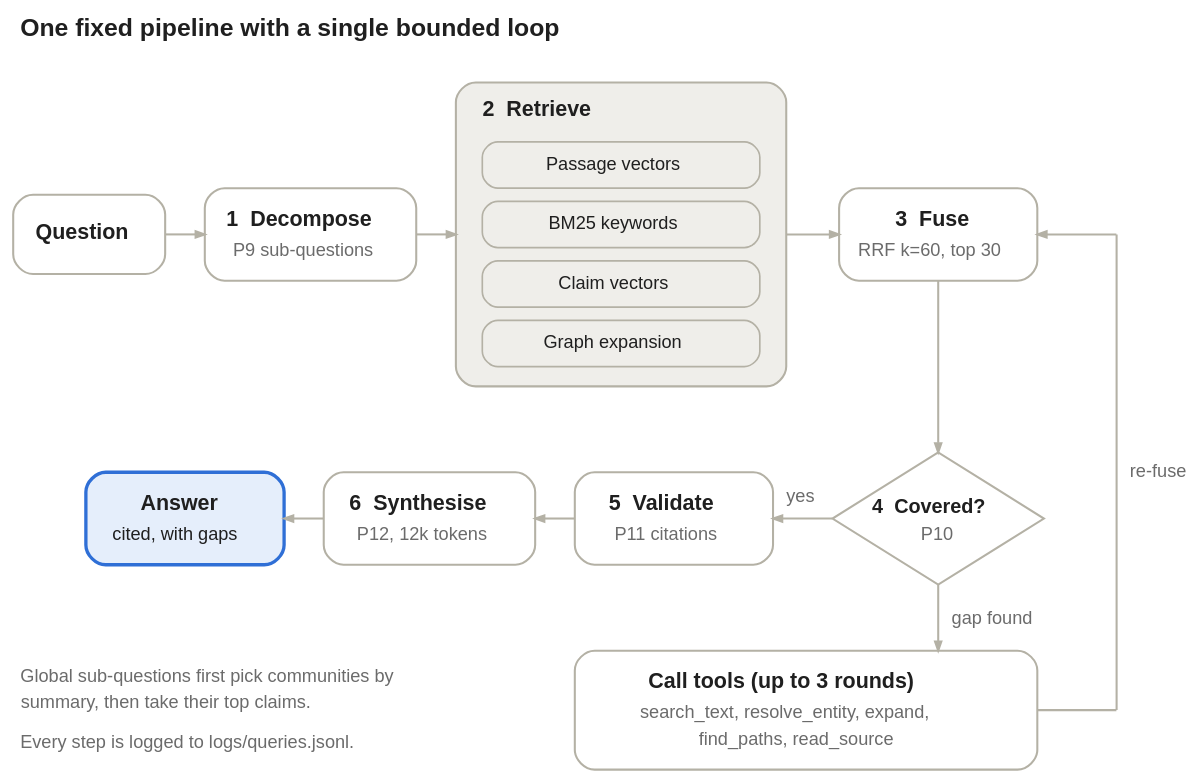
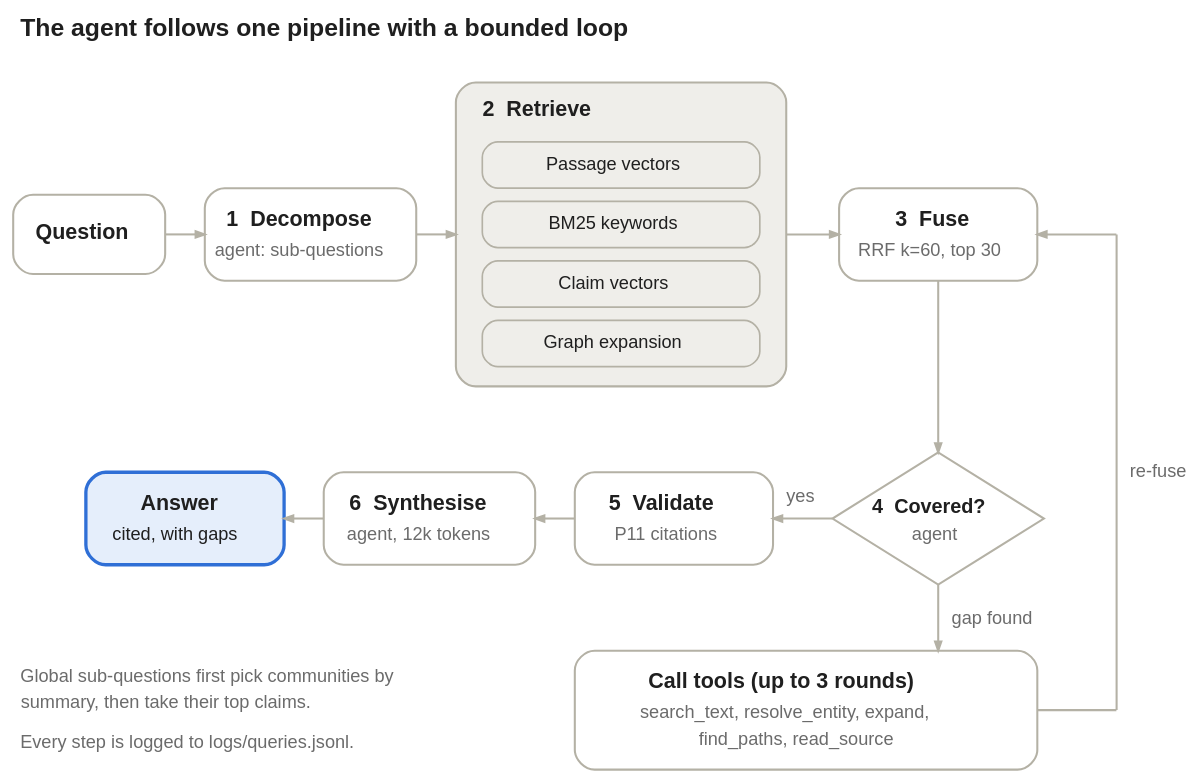
Before and after one commit to domnasrabadi/Knowledge-Vault: the eighth of 8 diagrams in 50 Graph/01 GraphRAG - Design Spec.md, drawn with Graphviz. The commit also changed other lines of this file and 1 other file, not shown here.

````diff
--- a/50 Graph/01 GraphRAG - Design Spec.md
+++ b/50 Graph/01 GraphRAG - Design Spec.md
@@ -908,81 +908,81 @@
 ```dot
 digraph "query-pipeline" {
   layout=neato; inputscale=72; notranslate=true; overlap=true; splines=line;
   outputorder=nodesfirst; bgcolor=transparent; pad=0.1;
   node [fontname="Helvetica"]; edge [arrowhead=none];
-  t1 [shape=none margin=0 width=6.7847 height=0.3889 fixedsize=true label=<<TABLE BORDER="0" CELLPADDING="0" CELLSPACING="0"><TR><TD FIXEDSIZE="TRUE" WIDTH="484" HEIGHT="24" ALIGN="LEFT"><FONT FACE="Helvetica" POINT-SIZE="15" COLOR="#1f1f1f"><B>One fixed pipeline with a single bounded loop</B></FONT></TD></TR></TABLE>> pos="266.2,474.9!"];
+  t1 [shape=none margin=0 width=6.7847 height=0.3889 fixedsize=true label=<<TABLE BORDER="0" CELLPADDING="0" CELLSPACING="0"><TR><TD FIXEDSIZE="TRUE" WIDTH="484" HEIGHT="24" ALIGN="LEFT"><FONT FACE="Helvetica" POINT-SIZE="15" COLOR="#1f1f1f"><B>The agent follows one pipeline with a bounded loop</B></FONT></TD></TR></TABLE>> pos="266.2,474.9!"];
   b2 [shape=box style="rounded,filled" fillcolor="#efeeea" color="#b4b1a5" penwidth=1.25 width=2.7778 height=2.5556 fixedsize=true label="" pos="388.0,352.0!"];
   b3 [shape=box style="rounded" fillcolor="white" color="#b4b1a5" penwidth=1.25 width=1.2778 height=0.6667 fixedsize=true label="" pos="66.0,352.0!"];
   b4 [shape=box style="rounded" fillcolor="white" color="#b4b1a5" penwidth=1.25 width=1.7778 height=0.7778 fixedsize=true label="" pos="200.0,352.0!"];
   b5 [shape=box style="rounded" fillcolor="white" color="#b4b1a5" penwidth=1 width=2.3333 height=0.3889 fixedsize=true label="" pos="388.0,394.0!"];
   b6 [shape=box style="rounded" fillcolor="white" color="#b4b1a5" penwidth=1 width=2.3333 height=0.3889 fixedsize=true label="" pos="388.0,358.0!"];
   b7 [shape=box style="rounded" fillcolor="white" color="#b4b1a5" penwidth=1 width=2.3333 height=0.3889 fixedsize=true label="" pos="388.0,322.0!"];
   b8 [shape=box style="rounded" fillcolor="white" color="#b4b1a5" penwidth=1 width=2.3333 height=0.3889 fixedsize=true label="" pos="388.0,286.0!"];
   b9 [shape=box style="rounded" fillcolor="white" color="#b4b1a5" penwidth=1.25 width=1.6667 height=0.7778 fixedsize=true label="" pos="580.0,352.0!"];
   b10 [shape=diamond style="solid" fillcolor="white" color="#b4b1a5" penwidth=1.25 width=1.7778 height=1.1111 fixedsize=true label="" pos="580.0,180.0!"];
   b11 [shape=box style="rounded" fillcolor="white" color="#b4b1a5" penwidth=1.25 width=1.6667 height=0.7778 fixedsize=true label="" pos="420.0,180.0!"];
   b12 [shape=box style="rounded" fillcolor="white" color="#b4b1a5" penwidth=1.25 width=1.7778 height=0.7778 fixedsize=true label="" pos="272.0,180.0!"];
   b13 [shape=box style="rounded,filled" fillcolor="#e5eefb" color="#2f6fd6" penwidth=2 width=1.6667 height=0.7778 fixedsize=true label="" pos="124.0,180.0!"];
   b14 [shape=box style="rounded" fillcolor="white" color="#b4b1a5" penwidth=1.25 width=3.8889 height=1.0000 fixedsize=true label="" pos="500.0,64.0!"];
   p15 [shape=point width=0.001 height=0.001 style=invis pos="112.0,352.0!"];
   p16 [shape=point width=0.001 height=0.001 style=invis pos="136.0,352.0!"];
   p17 [shape=point width=0.001 height=0.001 style=invis pos="264.0,352.0!"];
   p18 [shape=point width=0.001 height=0.001 style=invis pos="288.0,352.0!"];
   p19 [shape=point width=0.001 height=0.001 style=invis pos="488.0,352.0!"];
   p20 [shape=point width=0.001 height=0.001 style=invis pos="520.0,352.0!"];
   p21 [shape=point width=0.001 height=0.001 style=invis pos="580.0,324.0!"];
   p22 [shape=point width=0.001 height=0.001 style=invis pos="580.0,220.0!"];
   p23 [shape=point width=0.001 height=0.001 style=invis pos="516.0,180.0!"];
   p24 [shape=point width=0.001 height=0.001 style=invis pos="480.0,180.0!"];
   p25 [shape=point width=0.001 height=0.001 style=invis pos="360.0,180.0!"];
   p26 [shape=point width=0.001 height=0.001 style=invis pos="336.0,180.0!"];
   p27 [shape=point width=0.001 height=0.001 style=invis pos="208.0,180.0!"];
   p28 [shape=point width=0.001 height=0.001 style=invis pos="184.0,180.0!"];
   p29 [shape=point width=0.001 height=0.001 style=invis pos="580.0,140.0!"];
   p30 [shape=point width=0.001 height=0.001 style=invis pos="580.0,100.0!"];
   p31 [shape=point width=0.001 height=0.001 style=invis pos="640.0,64.0!"];
   p32 [shape=point width=0.001 height=0.001 style=invis pos="688.0,64.0!"];
   p33 [shape=point width=0.001 height=0.001 style=invis pos="688.0,352.0!"];
   p34 [shape=point width=0.001 height=0.001 style=invis pos="640.0,352.0!"];
   t35 [shape=none margin=0 width=1.2333 height=0.3444 fixedsize=true label=<<TABLE BORDER="0" CELLPADDING="0" CELLSPACING="0"><TR><TD FIXEDSIZE="TRUE" WIDTH="85" HEIGHT="21" ALIGN="CENTER"><FONT FACE="Helvetica" POINT-SIZE="13" COLOR="#1f1f1f"><B>Question</B></FONT></TD></TR></TABLE>> pos="66.0,352.3!"];
   t36 [shape=none margin=0 width=1.7389 height=0.3444 fixedsize=true label=<<TABLE BORDER="0" CELLPADDING="0" CELLSPACING="0"><TR><TD FIXEDSIZE="TRUE" WIDTH="121" HEIGHT="21" ALIGN="CENTER"><FONT FACE="Helvetica" POINT-SIZE="13" COLOR="#1f1f1f"><B>1  Decompose</B></FONT></TD></TR></TABLE>> pos="200.0,360.3!"];
-  t37 [shape=none margin=0 width=1.8578 height=0.3111 fixedsize=true label=<<TABLE BORDER="0" CELLPADDING="0" CELLSPACING="0"><TR><TD FIXEDSIZE="TRUE" WIDTH="130" HEIGHT="18" ALIGN="CENTER"><FONT FACE="Helvetica" POINT-SIZE="11.5" COLOR="#6b6b6b">P9 sub-questions</FONT></TD></TR></TABLE>> pos="200.0,341.8!"];
+  t37 [shape=none margin=0 width=1.8578 height=0.3111 fixedsize=true label=<<TABLE BORDER="0" CELLPADDING="0" CELLSPACING="0"><TR><TD FIXEDSIZE="TRUE" WIDTH="130" HEIGHT="18" ALIGN="CENTER"><FONT FACE="Helvetica" POINT-SIZE="11.5" COLOR="#6b6b6b">agent: sub-questions</FONT></TD></TR></TABLE>> pos="200.0,341.8!"];
   t38 [shape=none margin=0 width=1.6125 height=0.3444 fixedsize=true label=<<TABLE BORDER="0" CELLPADDING="0" CELLSPACING="0"><TR><TD FIXEDSIZE="TRUE" WIDTH="112" HEIGHT="21" ALIGN="LEFT"><FONT FACE="Helvetica" POINT-SIZE="13" COLOR="#1f1f1f"><B>2  Retrieve</B></FONT></TD></TR></TABLE>> pos="360.1,426.3!"];
   t39 [shape=none margin=0 width=1.7556 height=0.3111 fixedsize=true label=<<TABLE BORDER="0" CELLPADDING="0" CELLSPACING="0"><TR><TD FIXEDSIZE="TRUE" WIDTH="122" HEIGHT="18" ALIGN="CENTER"><FONT FACE="Helvetica" POINT-SIZE="11.5" COLOR="#1f1f1f">Passage vectors</FONT></TD></TR></TABLE>> pos="388.0,393.8!"];
   t40 [shape=none margin=0 width=1.5511 height=0.3111 fixedsize=true label=<<TABLE BORDER="0" CELLPADDING="0" CELLSPACING="0"><TR><TD FIXEDSIZE="TRUE" WIDTH="108" HEIGHT="18" ALIGN="CENTER"><FONT FACE="Helvetica" POINT-SIZE="11.5" COLOR="#1f1f1f">BM25 keywords</FONT></TD></TR></TABLE>> pos="388.0,357.8!"];
   t41 [shape=none margin=0 width=1.5511 height=0.3111 fixedsize=true label=<<TABLE BORDER="0" CELLPADDING="0" CELLSPACING="0"><TR><TD FIXEDSIZE="TRUE" WIDTH="108" HEIGHT="18" ALIGN="CENTER"><FONT FACE="Helvetica" POINT-SIZE="11.5" COLOR="#1f1f1f">Claim vectors</FONT></TD></TR></TABLE>> pos="388.0,321.8!"];
   t42 [shape=none margin=0 width=1.7556 height=0.3111 fixedsize=true label=<<TABLE BORDER="0" CELLPADDING="0" CELLSPACING="0"><TR><TD FIXEDSIZE="TRUE" WIDTH="122" HEIGHT="18" ALIGN="CENTER"><FONT FACE="Helvetica" POINT-SIZE="11.5" COLOR="#1f1f1f">Graph expansion</FONT></TD></TR></TABLE>> pos="388.0,285.8!"];
   t43 [shape=none margin=0 width=1.1069 height=0.3444 fixedsize=true label=<<TABLE BORDER="0" CELLPADDING="0" CELLSPACING="0"><TR><TD FIXEDSIZE="TRUE" WIDTH="76" HEIGHT="21" ALIGN="CENTER"><FONT FACE="Helvetica" POINT-SIZE="13" COLOR="#1f1f1f"><B>3  Fuse</B></FONT></TD></TR></TABLE>> pos="580.0,360.3!"];
   t44 [shape=none margin=0 width=1.8578 height=0.3111 fixedsize=true label=<<TABLE BORDER="0" CELLPADDING="0" CELLSPACING="0"><TR><TD FIXEDSIZE="TRUE" WIDTH="130" HEIGHT="18" ALIGN="CENTER"><FONT FACE="Helvetica" POINT-SIZE="11.5" COLOR="#6b6b6b">RRF k=60, top 30</FONT></TD></TR></TABLE>> pos="580.0,341.8!"];
   t45 [shape=none margin=0 width=1.5056 height=0.3222 fixedsize=true label=<<TABLE BORDER="0" CELLPADDING="0" CELLSPACING="0"><TR><TD FIXEDSIZE="TRUE" WIDTH="104" HEIGHT="19" ALIGN="CENTER"><FONT FACE="Helvetica" POINT-SIZE="12" COLOR="#1f1f1f"><B>4  Covered?</B></FONT></TD></TR></TABLE>> pos="580.0,186.0!"];
-  t46 [shape=none margin=0 width=0.5289 height=0.3111 fixedsize=true label=<<TABLE BORDER="0" CELLPADDING="0" CELLSPACING="0"><TR><TD FIXEDSIZE="TRUE" WIDTH="34" HEIGHT="18" ALIGN="CENTER"><FONT FACE="Helvetica" POINT-SIZE="11.5" COLOR="#6b6b6b">P10</FONT></TD></TR></TABLE>> pos="580.0,169.8!"];
+  t46 [shape=none margin=0 width=0.5289 height=0.3111 fixedsize=true label=<<TABLE BORDER="0" CELLPADDING="0" CELLSPACING="0"><TR><TD FIXEDSIZE="TRUE" WIDTH="34" HEIGHT="18" ALIGN="CENTER"><FONT FACE="Helvetica" POINT-SIZE="11.5" COLOR="#6b6b6b">agent</FONT></TD></TR></TABLE>> pos="580.0,169.8!"];
   t47 [shape=none margin=0 width=1.6125 height=0.3444 fixedsize=true label=<<TABLE BORDER="0" CELLPADDING="0" CELLSPACING="0"><TR><TD FIXEDSIZE="TRUE" WIDTH="112" HEIGHT="21" ALIGN="CENTER"><FONT FACE="Helvetica" POINT-SIZE="13" COLOR="#1f1f1f"><B>5  Validate</B></FONT></TD></TR></TABLE>> pos="420.0,188.3!"];
   t48 [shape=none margin=0 width=1.5511 height=0.3111 fixedsize=true label=<<TABLE BORDER="0" CELLPADDING="0" CELLSPACING="0"><TR><TD FIXEDSIZE="TRUE" WIDTH="108" HEIGHT="18" ALIGN="CENTER"><FONT FACE="Helvetica" POINT-SIZE="11.5" COLOR="#6b6b6b">P11 citations</FONT></TD></TR></TABLE>> pos="420.0,169.8!"];
   t49 [shape=none margin=0 width=1.8653 height=0.3444 fixedsize=true label=<<TABLE BORDER="0" CELLPADDING="0" CELLSPACING="0"><TR><TD FIXEDSIZE="TRUE" WIDTH="130" HEIGHT="21" ALIGN="CENTER"><FONT FACE="Helvetica" POINT-SIZE="13" COLOR="#1f1f1f"><B>6  Synthesise</B></FONT></TD></TR></TABLE>> pos="272.0,188.3!"];
-  t50 [shape=none margin=0 width=1.7556 height=0.3111 fixedsize=true label=<<TABLE BORDER="0" CELLPADDING="0" CELLSPACING="0"><TR><TD FIXEDSIZE="TRUE" WIDTH="122" HEIGHT="18" ALIGN="CENTER"><FONT FACE="Helvetica" POINT-SIZE="11.5" COLOR="#6b6b6b">P12, 12k tokens</FONT></TD></TR></TABLE>> pos="272.0,169.8!"];
+  t50 [shape=none margin=0 width=1.7556 height=0.3111 fixedsize=true label=<<TABLE BORDER="0" CELLPADDING="0" CELLSPACING="0"><TR><TD FIXEDSIZE="TRUE" WIDTH="122" HEIGHT="18" ALIGN="CENTER"><FONT FACE="Helvetica" POINT-SIZE="11.5" COLOR="#6b6b6b">agent, 12k tokens</FONT></TD></TR></TABLE>> pos="272.0,169.8!"];
   t51 [shape=none margin=0 width=0.9806 height=0.3444 fixedsize=true label=<<TABLE BORDER="0" CELLPADDING="0" CELLSPACING="0"><TR><TD FIXEDSIZE="TRUE" WIDTH="67" HEIGHT="21" ALIGN="CENTER"><FONT FACE="Helvetica" POINT-SIZE="13" COLOR="#1f1f1f"><B>Answer</B></FONT></TD></TR></TABLE>> pos="124.0,188.3!"];
   t52 [shape=none margin=0 width=1.8578 height=0.3111 fixedsize=true label=<<TABLE BORDER="0" CELLPADDING="0" CELLSPACING="0"><TR><TD FIXEDSIZE="TRUE" WIDTH="130" HEIGHT="18" ALIGN="CENTER"><FONT FACE="Helvetica" POINT-SIZE="11.5" COLOR="#1f1f1f">cited, with gaps</FONT></TD></TR></TABLE>> pos="124.0,169.8!"];
   t53 [shape=none margin=0 width=3.6347 height=0.3444 fixedsize=true label=<<TABLE BORDER="0" CELLPADDING="0" CELLSPACING="0"><TR><TD FIXEDSIZE="TRUE" WIDTH="258" HEIGHT="21" ALIGN="CENTER"><FONT FACE="Helvetica" POINT-SIZE="13" COLOR="#1f1f1f"><B>Call tools (up to 3 rounds)</B></FONT></TD></TR></TABLE>> pos="500.0,80.3!"];
   t54 [shape=none margin=0 width=3.9022 height=0.3111 fixedsize=true label=<<TABLE BORDER="0" CELLPADDING="0" CELLSPACING="0"><TR><TD FIXEDSIZE="TRUE" WIDTH="277" HEIGHT="18" ALIGN="CENTER"><FONT FACE="Helvetica" POINT-SIZE="11.5" COLOR="#6b6b6b">search_text, resolve_entity, expand,</FONT></TD></TR></TABLE>> pos="500.0,61.8!"];
   t55 [shape=none margin=0 width=2.5733 height=0.3111 fixedsize=true label=<<TABLE BORDER="0" CELLPADDING="0" CELLSPACING="0"><TR><TD FIXEDSIZE="TRUE" WIDTH="181" HEIGHT="18" ALIGN="CENTER"><FONT FACE="Helvetica" POINT-SIZE="11.5" COLOR="#6b6b6b">find_paths, read_source</FONT></TD></TR></TABLE>> pos="500.0,45.8!"];
   t56 [shape=none margin=0 width=0.5289 height=0.3111 fixedsize=true label=<<TABLE BORDER="0" CELLPADDING="0" CELLSPACING="0"><TR><TD FIXEDSIZE="TRUE" WIDTH="34" HEIGHT="18" ALIGN="CENTER"><FONT FACE="Helvetica" POINT-SIZE="11.5" COLOR="#6b6b6b">yes</FONT></TD></TR></TABLE>> pos="498.0,192.8!"];
   t57 [shape=none margin=0 width=1.1422 height=0.3111 fixedsize=true label=<<TABLE BORDER="0" CELLPADDING="0" CELLSPACING="0"><TR><TD FIXEDSIZE="TRUE" WIDTH="78" HEIGHT="18" ALIGN="LEFT"><FONT FACE="Helvetica" POINT-SIZE="11.5" COLOR="#6b6b6b">gap found</FONT></TD></TR></TABLE>> pos="627.1,118.8!"];
   t58 [shape=none margin=0 width=0.9167 height=0.3111 fixedsize=true label=<<TABLE BORDER="0" CELLPADDING="0" CELLSPACING="0"><TR><TD FIXEDSIZE="TRUE" WIDTH="62" HEIGHT="18" ALIGN="LEFT"><FONT FACE="Helvetica" POINT-SIZE="11.5" COLOR="#6b6b6b">re-fuse</FONT></TD></TR></TABLE>> pos="727.0,207.8!"];
   t59 [shape=none margin=0 width=4.9244 height=0.3111 fixedsize=true label=<<TABLE BORDER="0" CELLPADDING="0" CELLSPACING="0"><TR><TD FIXEDSIZE="TRUE" WIDTH="351" HEIGHT="18" ALIGN="LEFT"><FONT FACE="Helvetica" POINT-SIZE="11.5" COLOR="#6b6b6b">Global sub-questions first pick communities by</FONT></TD></TR></TABLE>> pos="199.3,83.8!"];
   t60 [shape=none margin=0 width=3.9022 height=0.3111 fixedsize=true label=<<TABLE BORDER="0" CELLPADDING="0" CELLSPACING="0"><TR><TD FIXEDSIZE="TRUE" WIDTH="277" HEIGHT="18" ALIGN="LEFT"><FONT FACE="Helvetica" POINT-SIZE="11.5" COLOR="#6b6b6b">summary, then take their top claims.</FONT></TD></TR></TABLE>> pos="162.5,67.8!"];
   t61 [shape=none margin=0 width=4.6178 height=0.3111 fixedsize=true label=<<TABLE BORDER="0" CELLPADDING="0" CELLSPACING="0"><TR><TD FIXEDSIZE="TRUE" WIDTH="328" HEIGHT="18" ALIGN="LEFT"><FONT FACE="Helvetica" POINT-SIZE="11.5" COLOR="#6b6b6b">Every step is logged to logs/queries.jsonl.</FONT></TD></TR></TABLE>> pos="188.2,43.8!"];
   p62 [shape=point width=0.001 height=0.001 style=invis pos="0.0,500.0!"];
   p63 [shape=point width=0.001 height=0.001 style=invis pos="760.0,0.0!"];
   p15 -> p16 [dir=forward arrowhead=normal arrowsize=0.55 color="#b4b1a5" penwidth=1.25];
   p17 -> p18 [dir=forward arrowhead=normal arrowsize=0.55 color="#b4b1a5" penwidth=1.25];
   p19 -> p20 [dir=forward arrowhead=normal arrowsize=0.55 color="#b4b1a5" penwidth=1.25];
   p21 -> p22 [dir=forward arrowhead=normal arrowsize=0.55 color="#b4b1a5" penwidth=1.25];
   p23 -> p24 [dir=forward arrowhead=normal arrowsize=0.55 color="#b4b1a5" penwidth=1.25];
   p25 -> p26 [dir=forward arrowhead=normal arrowsize=0.55 color="#b4b1a5" penwidth=1.25];
   p27 -> p28 [dir=forward arrowhead=normal arrowsize=0.55 color="#b4b1a5" penwidth=1.25];
   p29 -> p30 [dir=forward arrowhead=normal arrowsize=0.55 color="#b4b1a5" penwidth=1.25];
   p31 -> p32 [dir=none color="#b4b1a5" penwidth=1.25];
   p32 -> p33 [dir=none color="#b4b1a5" penwidth=1.25];
   p33 -> p34 [dir=forward arrowhead=normal arrowsize=0.55 color="#b4b1a5" penwidth=1.25];
 }
 ```
````
